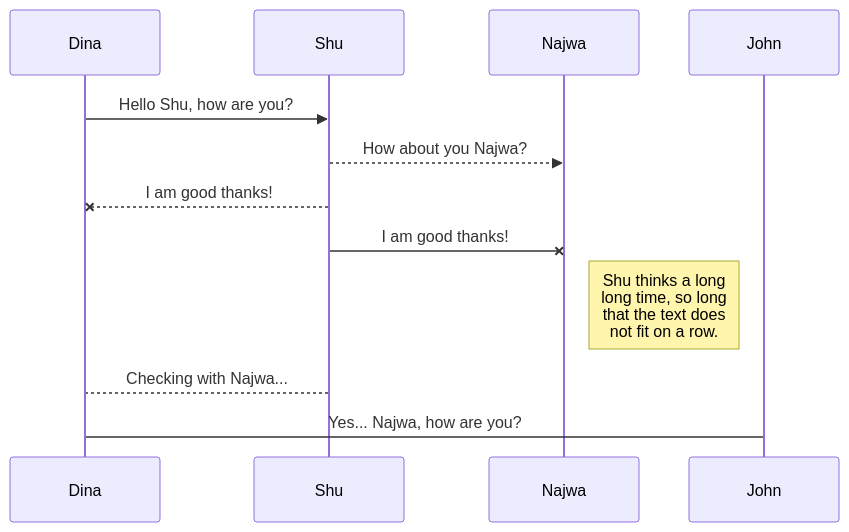
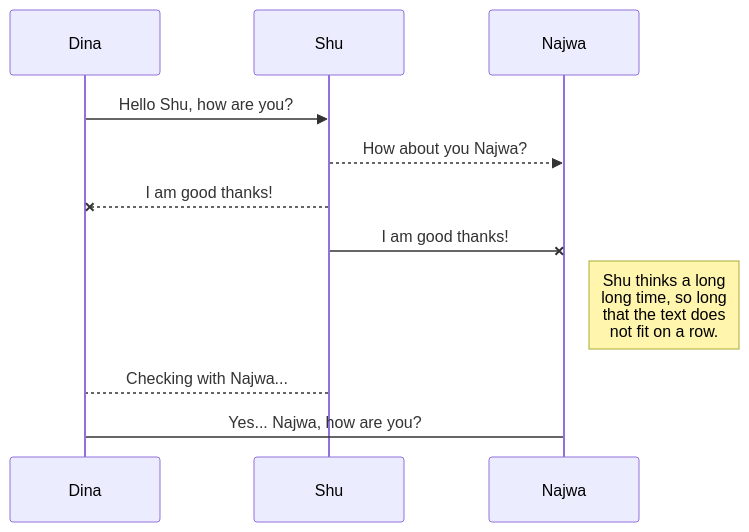
Before and after one commit to drshahizan/learn-github: the diagram in exercise/HPDP/aly4blqss/readme.md, drawn with Mermaid.

````diff
--- a/exercise/HPDP/aly4blqss/readme.md
+++ b/exercise/HPDP/aly4blqss/readme.md
@@ -39,11 +39,11 @@
 ```mermaid
 sequenceDiagram
 Dina ->> Shu: Hello Shu, how are you?
 Shu-->>Najwa: How about you Najwa?
 Shu--x Dina: I am good thanks!
 Shu-x Najwa: I am good thanks!
 Note right of Najwa: Shu thinks a long<br/>long time, so long<br/>that the text does<br/>not fit on a row.
 
 Shu-->Dina: Checking with Najwa...
-Dina->John: Yes... Najwa, how are you?
+Dina->Najwa: Yes... Najwa, how are you?
 ```
````
